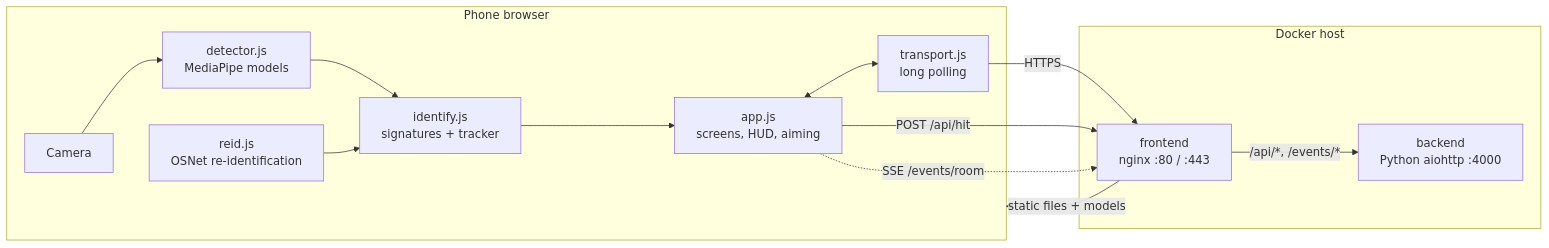
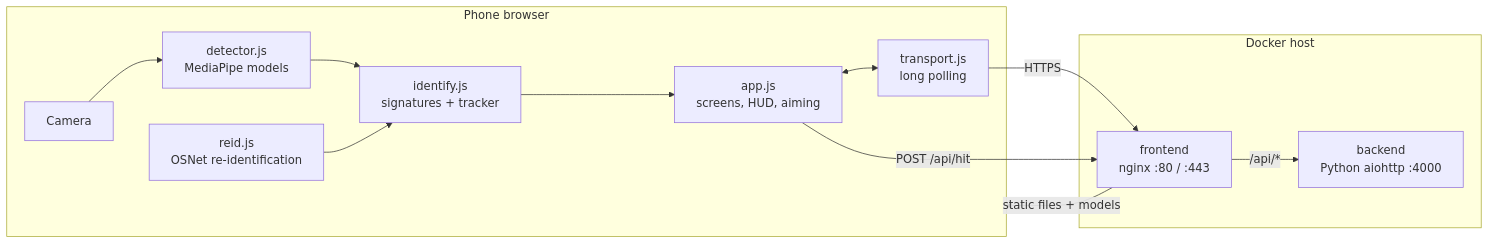
One commit to Basiliskenzahn/Laser-Tag changed the first of 2 diagrams in docs/architecture.md. Above: the diagram before and after it, drawn with Mermaid. The commit also changed other lines of this file and 9 other files, not shown here.

````diff
--- a/docs/architecture.md
+++ b/docs/architecture.md
@@ -10,21 +10,20 @@
 ```mermaid
 flowchart LR
   subgraph Phone["Phone browser"]
     CAM[Camera] --> DET["detector.js<br/>MediaPipe models"]
     DET --> ID["identify.js<br/>signatures + tracker"]
     REID["reid.js<br/>OSNet re-identification"] --> ID
     ID --> APP["app.js<br/>screens, HUD, aiming"]
     APP <--> TR["transport.js<br/>long polling"]
   end
 
   subgraph Host["Docker host"]
     NGINX["frontend<br/>nginx :80 / :443"]
     PY["backend<br/>Python aiohttp :4000"]
-    NGINX -- "/api/*, /events/*" --> PY
+    NGINX -- "/api/*" --> PY
   end
 
   TR -- "HTTPS" --> NGINX
   APP -- "POST /api/hit" --> NGINX
-  APP -. "SSE /events/room" .-> NGINX
   NGINX -- "static files + models" --> Phone
 ```
````
